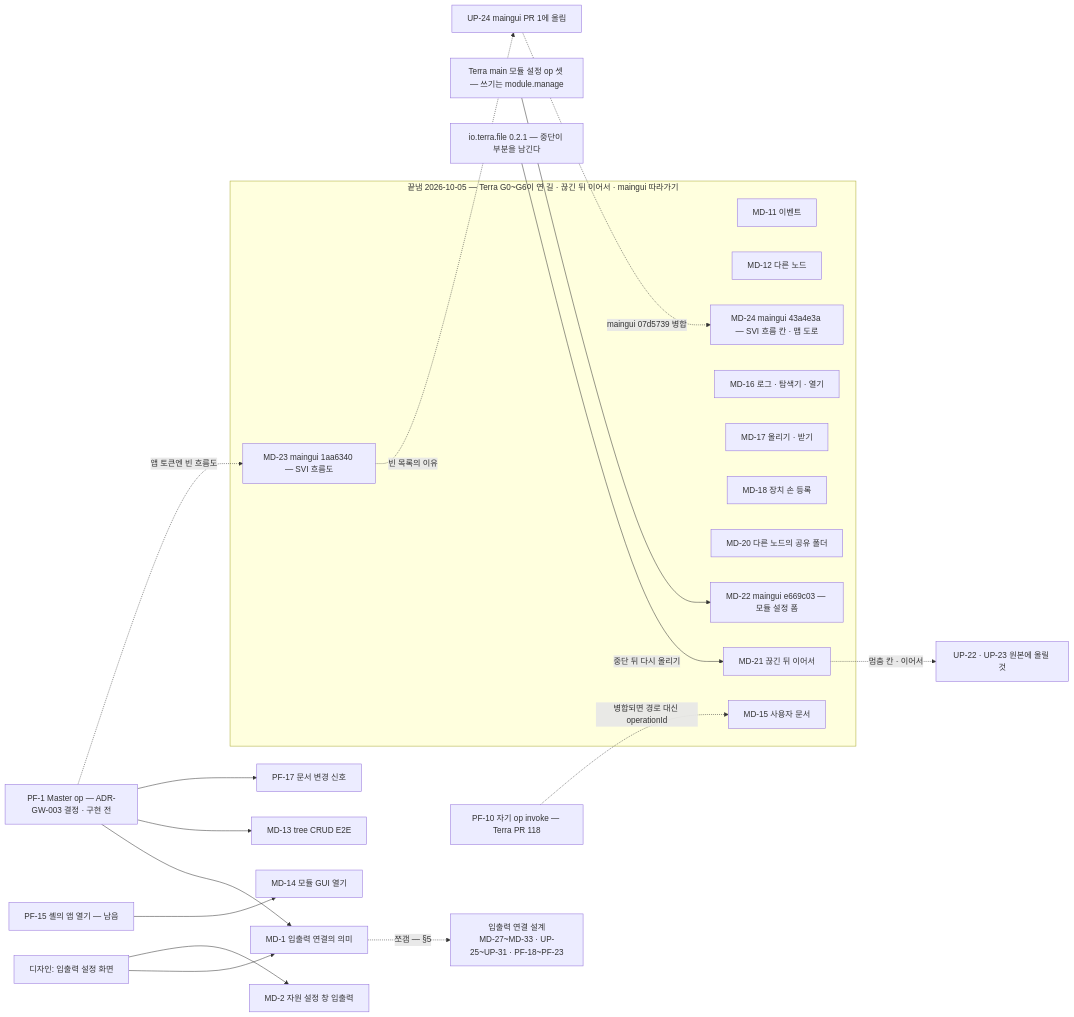
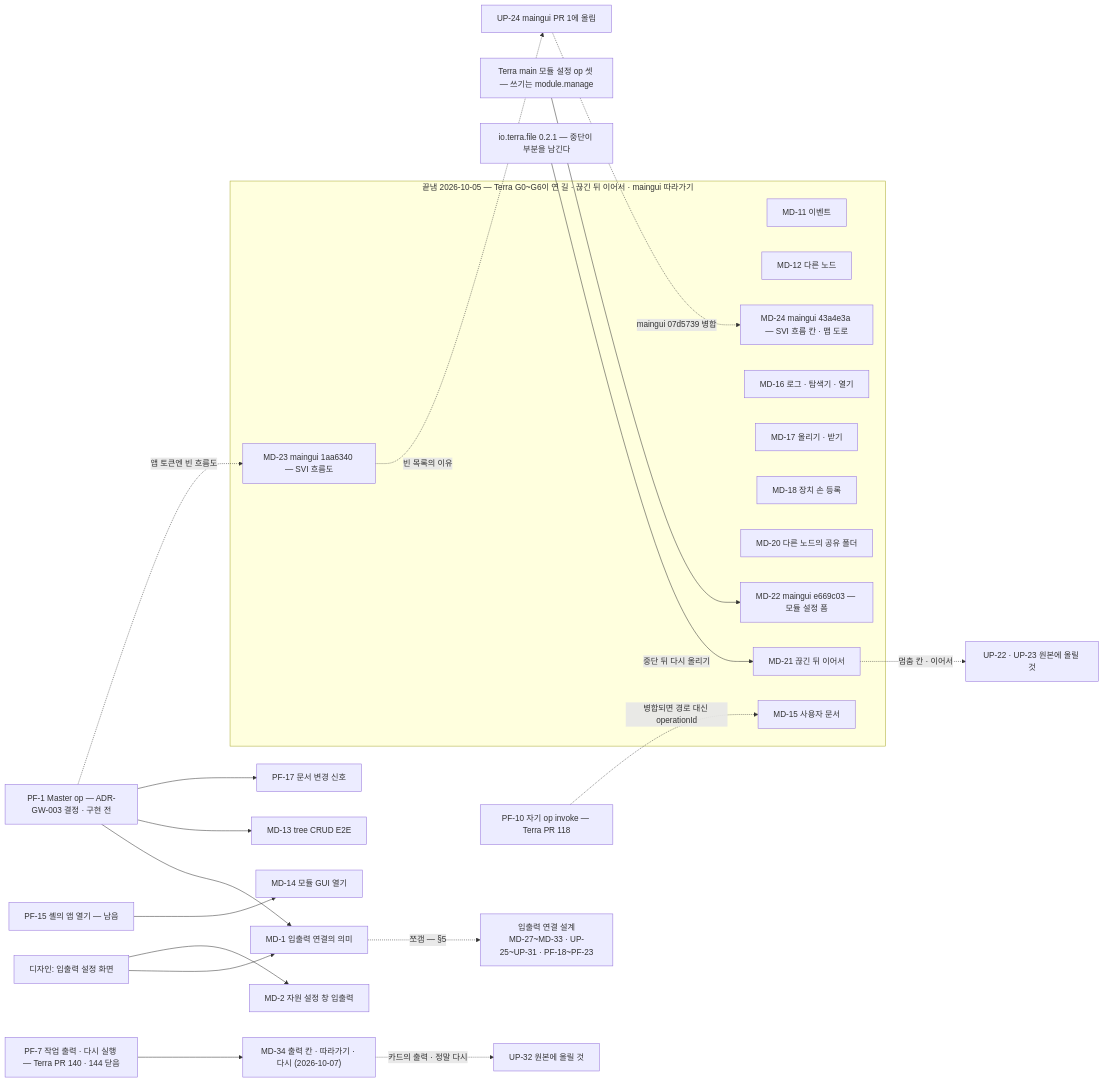
Before and after one commit to StellaxiaLab/modules: the diagram in common/lab.stellaxia.node-gui/web/docs/guides/implementation-backlog.md, drawn with Mermaid. The commit also changed other lines of this file and 15 other files, not shown here.

````diff
--- a/common/lab.stellaxia.node-gui/web/docs/guides/implementation-backlog.md
+++ b/common/lab.stellaxia.node-gui/web/docs/guides/implementation-backlog.md
@@ -54,30 +55,32 @@
 ```mermaid
 flowchart LR
   subgraph DONE["끝냄 2026-10-05 — Terra G0~G6이 연 길 · 끊긴 뒤 이어서 · maingui 따라가기"]
     MD11["MD-11 이벤트"]
     MD12["MD-12 다른 노드"]
     MD15["MD-15 사용자 문서"]
     MD16["MD-16 로그 · 탐색기 · 열기"]
     MD17["MD-17 올리기 · 받기"]
     MD18["MD-18 장치 손 등록"]
     MD20["MD-20 다른 노드의 공유 폴더"]
     MD21["MD-21 끊긴 뒤 이어서"]
     MD22["MD-22 maingui e669c03 — 모듈 설정 폼"]
     MD23["MD-23 maingui 1aa6340 — SVI 흐름도"]
     MD24["MD-24 maingui 43a4e3a — SVI 흐름 칸 · 맵 도로"]
   end
   CFG["Terra main 모듈 설정 op 셋 — 쓰기는 module.manage"] --> MD22
   FILE021["io.terra.file 0.2.1 — 중단이 부분을 남긴다"] -->|"중단 뒤 다시 올리기"| MD21
   MD21 -.->|"멈춤 칸 · 이어서"| UP22["UP-22 · UP-23 원본에 올릴 것"]
   MD23 -.->|"빈 목록의 이유"| UP24["UP-24 maingui PR 1에 올림"]
   UP24 -.->|"maingui 07d5739 병합"| MD24
   PF10["PF-10 자기 op invoke — Terra PR 118"] -.->|"병합되면 경로 대신 operationId"| MD15
   PF1["PF-1 Master op — ADR-GW-003 결정 · 구현 전"] --> MD1["MD-1 입출력 연결의 의미"]
   PF1 --> MD13["MD-13 tree CRUD E2E"]
   PF1 --> PF17["PF-17 문서 변경 신호"]
   PF1 -.->|"앱 토큰엔 빈 흐름도"| MD23
   PF15["PF-15 셸의 앱 열기 — 남음"] --> MD14["MD-14 모듈 GUI 열기"]
   DES["디자인: 입출력 설정 화면"] --> MD1
   DES --> MD2["MD-2 자원 설정 창 입출력"]
   MD1 -.->|"쪼갬 — §5"| IOD["입출력 연결 설계<br/>MD-27~MD-33 · UP-25~UP-31 · PF-18~PF-23"]
+  PF7["PF-7 작업 출력 · 다시 실행 — Terra PR 140 · 144 닫음"] --> MD34["MD-34 출력 칸 · 따라가기 · 다시 (2026-10-07)"]
+  MD34 -.->|"카드의 출력 · 정말 다시"| UP32["UP-32 원본에 올릴 것"]
 ```
````
